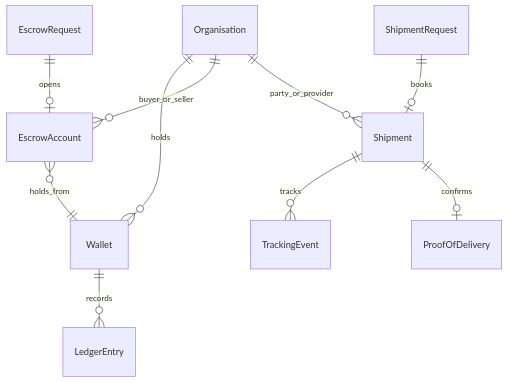
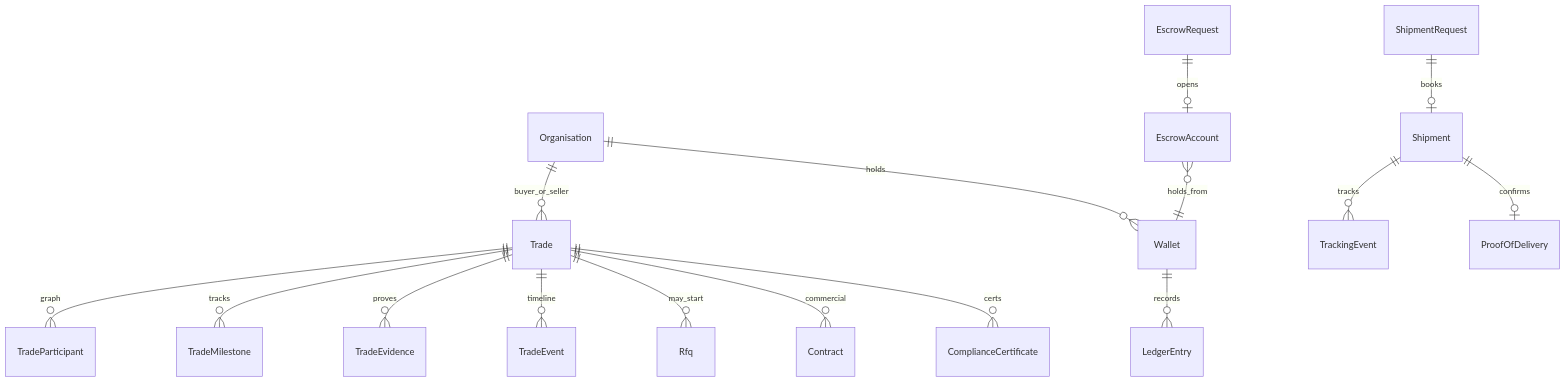
Before and after one commit to essendisidney/koridor: the first of 2 diagrams in docs/er-overview.md, drawn with Mermaid. The commit also changed other lines of this file and 15 other files, not shown here.

````diff
--- a/docs/er-overview.md
+++ b/docs/er-overview.md
@@ -3,12 +3,18 @@
 ```mermaid
 erDiagram
+  Trade ||--o{ TradeParticipant : graph
+  Trade ||--o{ TradeMilestone : tracks
+  Trade ||--o{ TradeEvidence : proves
+  Trade ||--o{ TradeEvent : timeline
+  Trade ||--o{ Rfq : may_start
+  Trade ||--o{ Contract : commercial
+  Trade ||--o{ ComplianceCertificate : certs
+  Organisation ||--o{ Trade : buyer_or_seller
   Organisation ||--o{ Wallet : holds
   Wallet ||--o{ LedgerEntry : records
   EscrowRequest ||--o| EscrowAccount : opens
   EscrowAccount }o--|| Wallet : holds_from
-  Organisation ||--o{ EscrowAccount : buyer_or_seller
   ShipmentRequest ||--o| Shipment : books
   Shipment ||--o{ TrackingEvent : tracks
   Shipment ||--o| ProofOfDelivery : confirms
-  Organisation ||--o{ Shipment : party_or_provider
 ```
````
